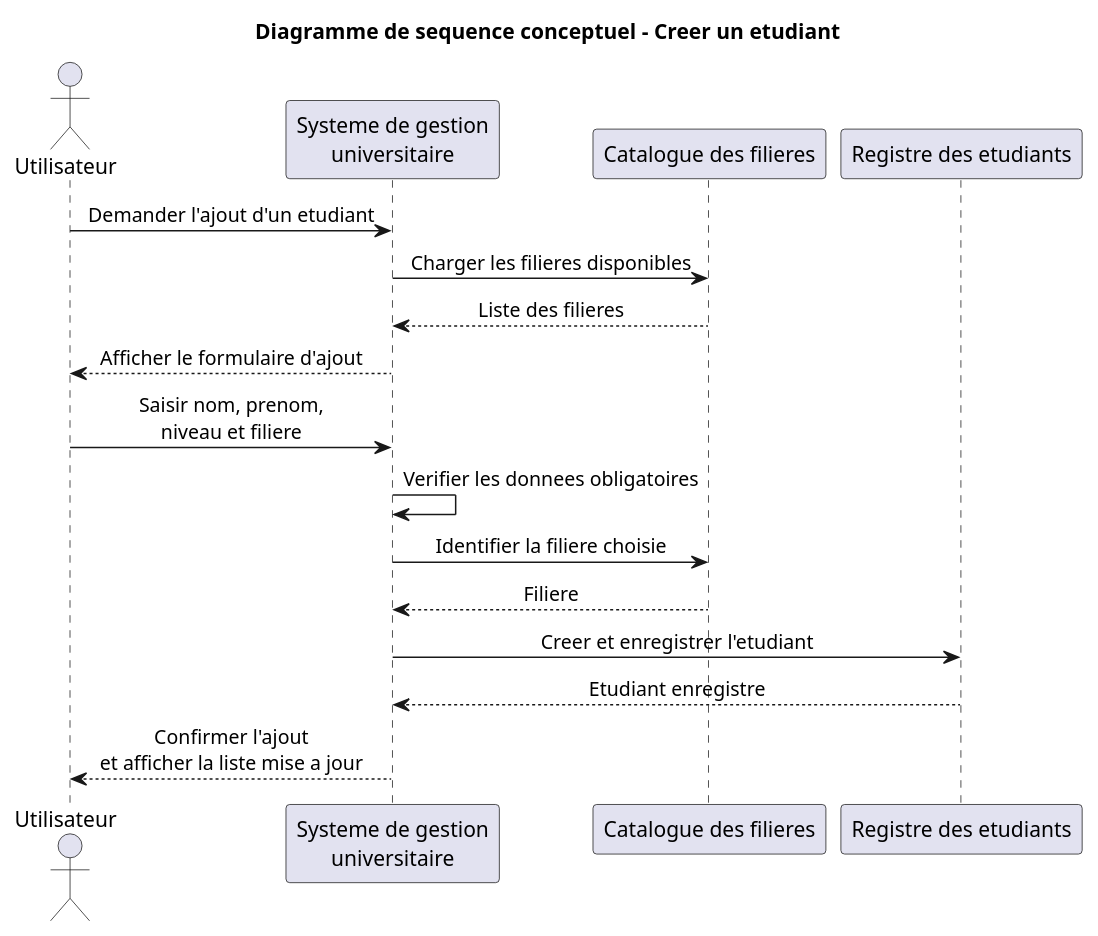
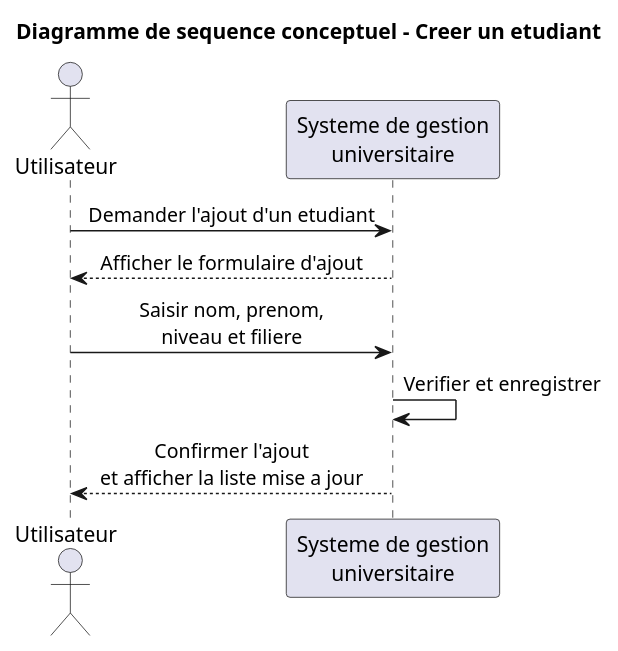
The diagram in docs/uml/sequence-conceptuel.puml (mehdidabaj/app-etudiant), drawn with PlantUML before and after one commit. The commit also changed 10 other files, not shown here.

Commit message:
Simplify UML diagrams and add PNG exports

```diff
--- a/docs/uml/sequence-conceptuel.puml
+++ b/docs/uml/sequence-conceptuel.puml
@@ -1,25 +1,17 @@
 @startuml
 title Diagramme de sequence conceptuel - Creer un etudiant
 
 skinparam shadowing false
 skinparam sequenceMessageAlign center
 
 actor "Utilisateur" as Utilisateur
 participant "Systeme de gestion\nuniversitaire" as Systeme
-participant "Catalogue des filieres" as Catalogue
-participant "Registre des etudiants" as Registre
 
 Utilisateur -> Systeme : Demander l'ajout d'un etudiant
-Systeme -> Catalogue : Charger les filieres disponibles
-Catalogue --> Systeme : Liste des filieres
 Systeme --> Utilisateur : Afficher le formulaire d'ajout
 
 Utilisateur -> Systeme : Saisir nom, prenom,\nniveau et filiere
-Systeme -> Systeme : Verifier les donnees obligatoires
-Systeme -> Catalogue : Identifier la filiere choisie
-Catalogue --> Systeme : Filiere
-Systeme -> Registre : Creer et enregistrer l'etudiant
-Registre --> Systeme : Etudiant enregistre
+Systeme -> Systeme : Verifier et enregistrer
 Systeme --> Utilisateur : Confirmer l'ajout\net afficher la liste mise a jour
 
 @enduml
```
